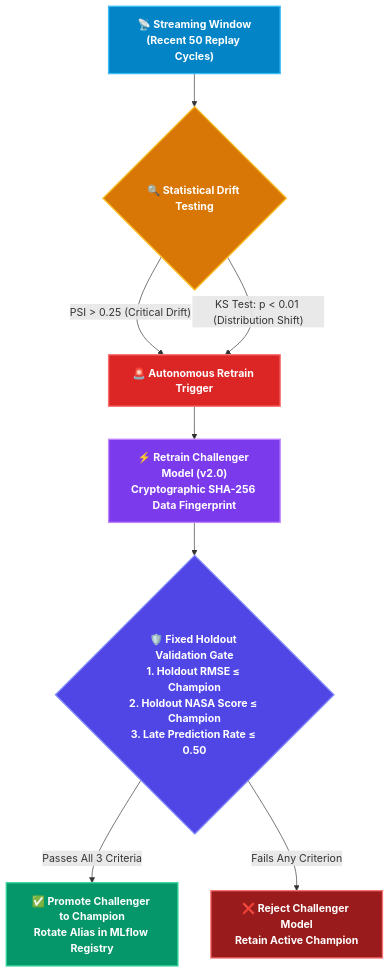
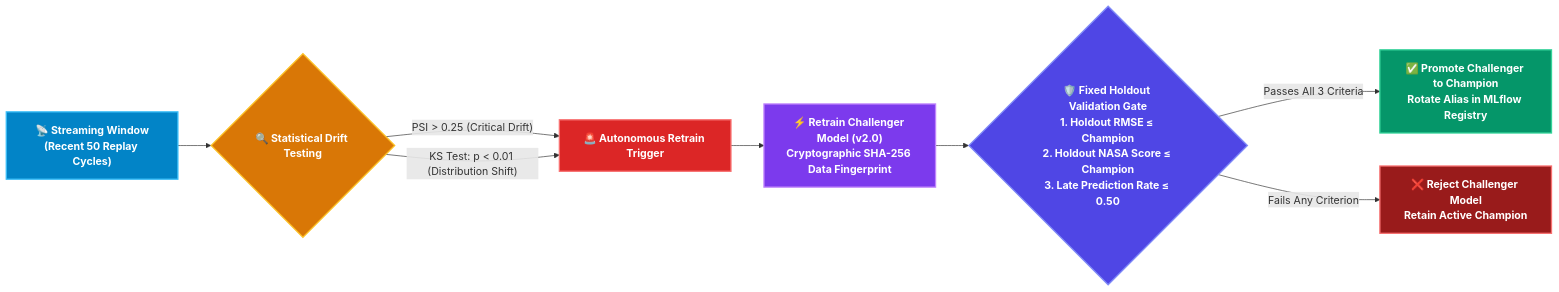
One commit to 8ernity/AETURNUS changed the fifth of 5 diagrams in README.md. Above: the diagram before and after it, drawn with Mermaid. The commit also changed 12 other files, not shown here.

````diff
--- a/README.md
+++ b/README.md
@@ -321,23 +321,23 @@
 ```mermaid
-flowchart TD
+flowchart LR
     %% Vibrant MLOps Styles
     classDef streamStyle fill:#0284C7,stroke:#38BDF8,stroke-width:2px,color:#FFFFFF,font-weight:bold
     classDef testStyle fill:#D97706,stroke:#FBBF24,stroke-width:2px,color:#FFFFFF,font-weight:bold
     classDef triggerStyle fill:#DC2626,stroke:#F87171,stroke-width:2px,color:#FFFFFF,font-weight:bold
     classDef trainStyle fill:#7C3AED,stroke:#C084FC,stroke-width:2px,color:#FFFFFF,font-weight:bold
     classDef gateStyle fill:#4F46E5,stroke:#818CF8,stroke-width:2px,color:#FFFFFF,font-weight:bold
     classDef successStyle fill:#059669,stroke:#34D399,stroke-width:2px,color:#FFFFFF,font-weight:bold
     classDef rejectStyle fill:#991B1B,stroke:#F87171,stroke-width:2px,color:#FFFFFF,font-weight:bold
 
     Stream["📡 Streaming Window<br/>(Recent 50 Replay Cycles)"]:::streamStyle --> DriftCheck{"🔍 Statistical Drift Testing"}:::testStyle
     
     DriftCheck -->|"PSI > 0.25 (Critical Drift)"| Trigger["🚨 Autonomous Retrain Trigger"]:::triggerStyle
     DriftCheck -->|"KS Test: p < 0.01 (Distribution Shift)"| Trigger
 
     Trigger --> Train["⚡ Retrain Challenger Model (v2.0)<br/>Cryptographic SHA-256 Data Fingerprint"]:::trainStyle
     
     Train --> Gate{"🛡️ Fixed Holdout Validation Gate<br/>1. Holdout RMSE &le; Champion<br/>2. Holdout NASA Score &le; Champion<br/>3. Late Prediction Rate &le; 0.50"}:::gateStyle
 
     Gate -->|"Passes All 3 Criteria"| Promote["✅ Promote Challenger to Champion<br/>Rotate Alias in MLflow Registry"]:::successStyle
     Gate -->|"Fails Any Criterion"| Reject["❌ Reject Challenger Model<br/>Retain Active Champion"]:::rejectStyle
 ```
````
